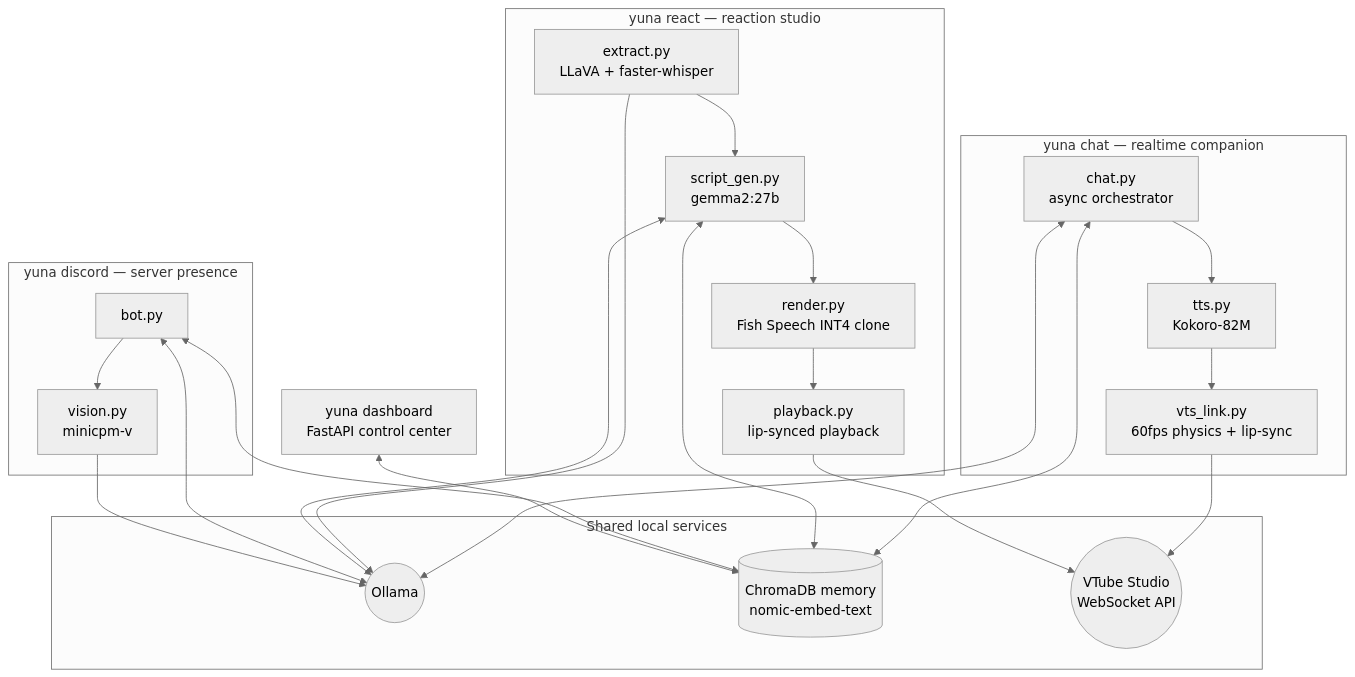
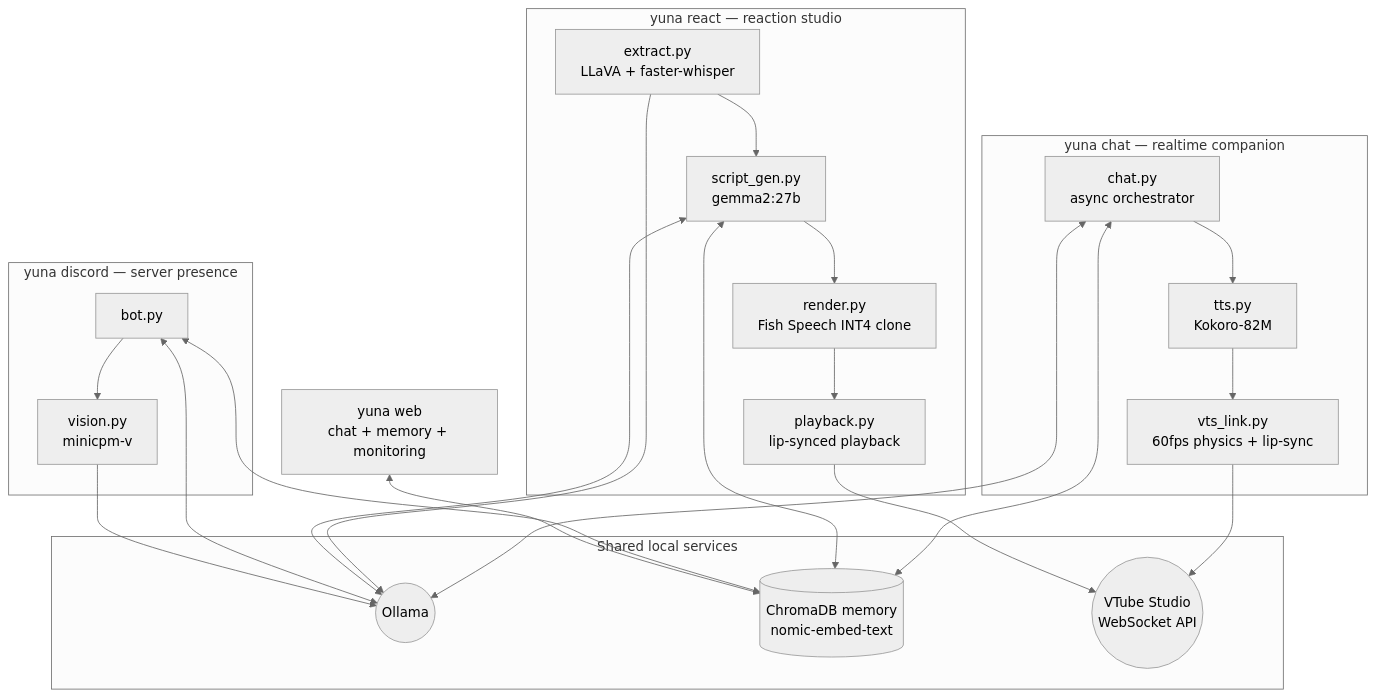
Before and after one commit to MasHasNoLife/yuna-ai: the diagram in README.md, drawn with Mermaid (neutral theme). The commit also changed other lines of this file and 32 other files, not shown here.

First line of the commit message:
feat: web interface with streaming chat, voice, memory panel, and monitoring (v0.2.0)

````diff
--- a/README.md
+++ b/README.md
@@ -35,37 +35,37 @@
 ```mermaid
 flowchart TB
     subgraph services["Shared local services"]
         OLL(("Ollama"))
         MEM[("ChromaDB memory<br/>nomic-embed-text")]
         VTS(("VTube Studio<br/>WebSocket API"))
     end
 
     subgraph rt["yuna chat — realtime companion"]
         YUNA["chat.py<br/>async orchestrator"] --> KOKORO["tts.py<br/>Kokoro-82M"]
         KOKORO --> LINK["vts_link.py<br/>60fps physics + lip-sync"]
     end
 
     subgraph rx["yuna react — reaction studio"]
         VISION["extract.py<br/>LLaVA + faster-whisper"] --> SCRIPT["script_gen.py<br/>gemma2:27b"]
         SCRIPT --> RENDER["render.py<br/>Fish Speech INT4 clone"]
         RENDER --> PLAY["playback.py<br/>lip-synced playback"]
     end
 
     subgraph dc["yuna discord — server presence"]
         BOT["bot.py"] --> DVIS["vision.py<br/>minicpm-v"]
     end
 
-    DASH["yuna dashboard<br/>FastAPI control center"]
+    DASH["yuna web<br/>chat + memory + monitoring"]
 
     YUNA <--> OLL
     YUNA <--> MEM
     LINK --> VTS
     PLAY --> VTS
     VISION --> OLL
     SCRIPT <--> OLL
     SCRIPT <--> MEM
     BOT <--> OLL
     BOT <--> MEM
     DVIS --> OLL
     DASH <--> MEM
 ```
````
